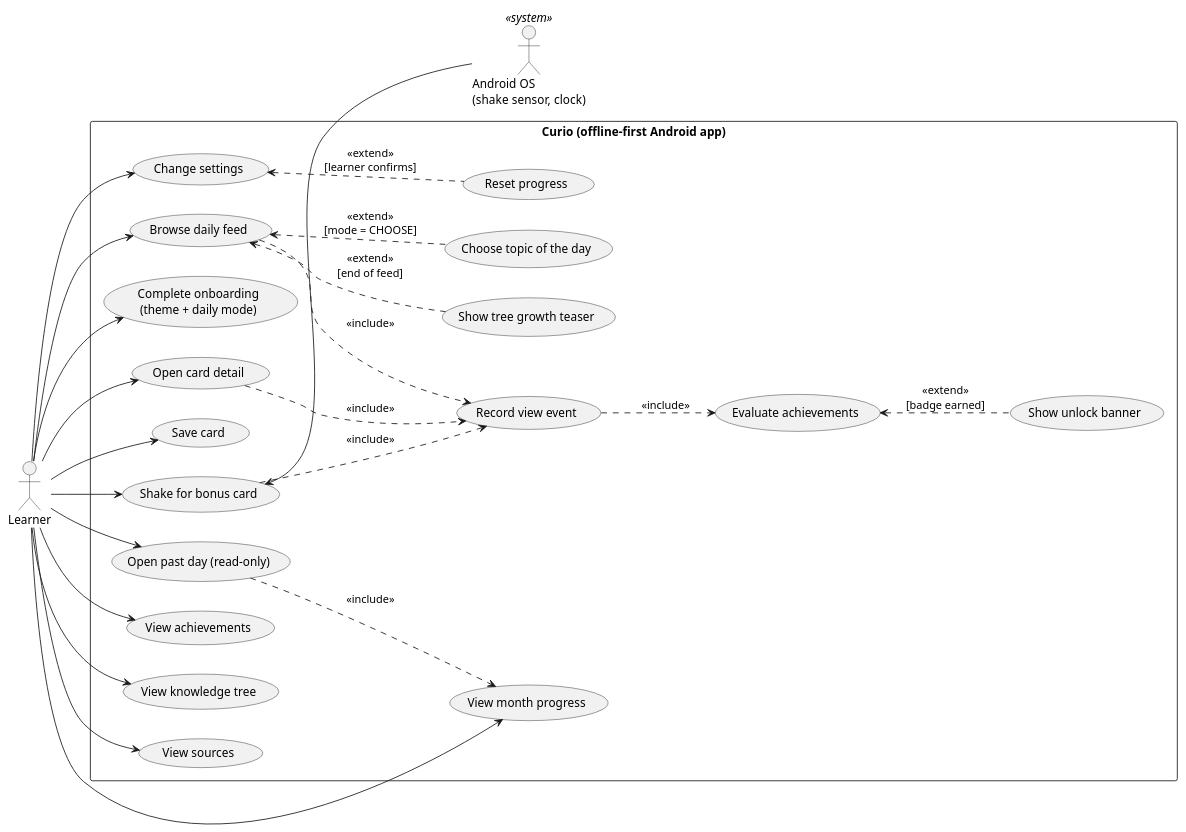
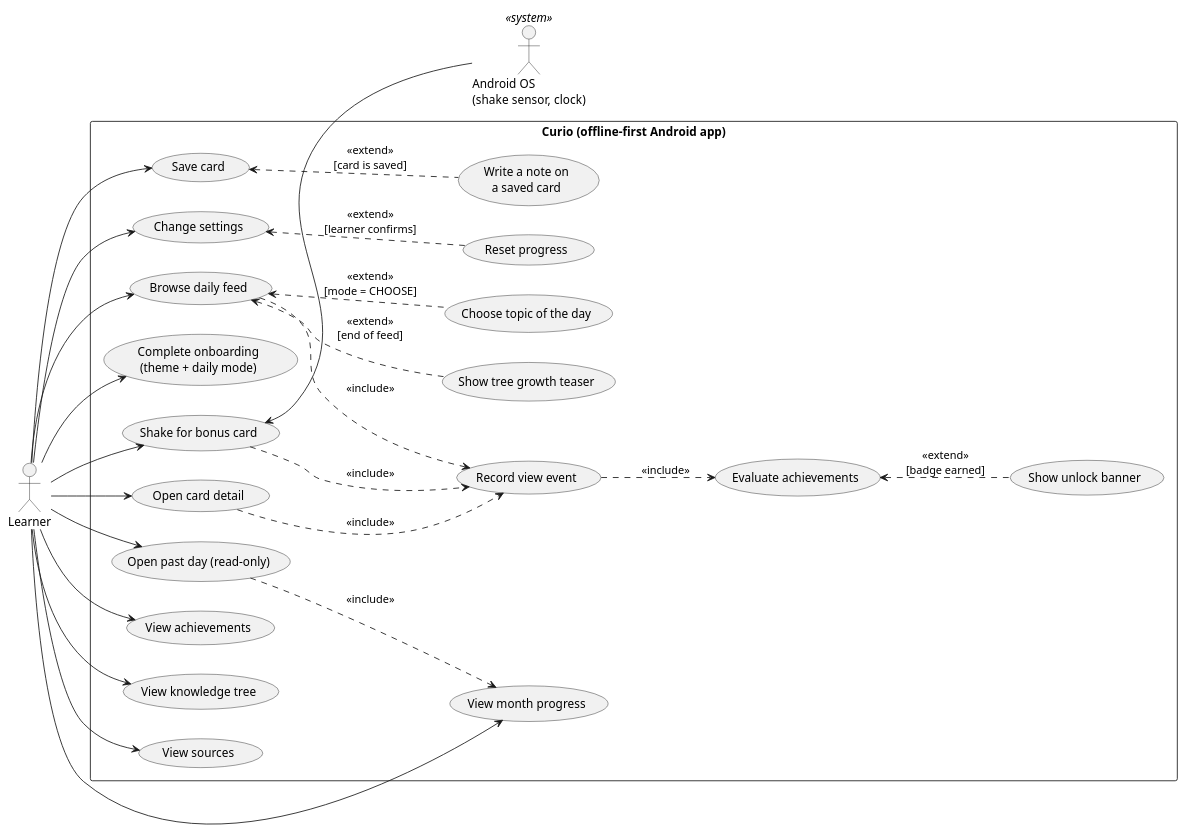
One commit to Alexia-Crisan/Curio changed the fifth of 10 diagrams in docs/CURIO_requirements_and_diagrams.md. Above: the diagram before and after it, drawn with PlantUML. The commit also changed other lines of this file and 2 other files, not shown here.

Commit message:
docs: requirements, diagrams, acceptance matrix and demo script match the final app

````diff
--- a/docs/CURIO_requirements_and_diagrams.md
+++ b/docs/CURIO_requirements_and_diagrams.md
@@ -165,50 +193,52 @@
 ```plantuml
 @startuml
 left to right direction
 skinparam packageStyle rectangle
 actor "Learner" as U
 actor "Android OS\n(shake sensor, clock)" as OS <<system>>
 
 rectangle "Curio (offline-first Android app)" {
   usecase "Complete onboarding\n(theme + daily mode)" as UC1
   usecase "Browse daily feed" as UC2
   usecase "Open card detail" as UC3
   usecase "Save card" as UC4
   usecase "Shake for bonus card" as UC5
   usecase "View month progress" as UC6
   usecase "Open past day (read-only)" as UC7
   usecase "View achievements" as UC8
   usecase "View knowledge tree" as UC9
   usecase "Change settings" as UC10
   usecase "View sources" as UC11
   usecase "Reset progress" as UC12
   usecase "Choose topic of the day" as UC13
   usecase "Record view event" as UC14
   usecase "Evaluate achievements" as UC15
   usecase "Show unlock banner" as UC16
   usecase "Show tree growth teaser" as UC17
+  usecase "Write a note on\na saved card" as UC18
 }
 
 U --> UC1
 U --> UC2
 U --> UC3
 U --> UC4
 U --> UC5
 U --> UC6
 U --> UC7
 U --> UC8
 U --> UC9
 U --> UC10
 U --> UC11
 UC5 <-- OS
 UC2 ..> UC14 : <<include>>
 UC3 ..> UC14 : <<include>>
 UC5 ..> UC14 : <<include>>
 UC14 ..> UC15 : <<include>>
 UC13 .up.> UC2 : <<extend>>\n[mode = CHOOSE]
 UC16 .up.> UC15 : <<extend>>\n[badge earned]
 UC17 .up.> UC2 : <<extend>>\n[end of feed]
 UC7 ..> UC6 : <<include>>
 UC12 .up.> UC10 : <<extend>>\n[learner confirms]
+UC18 .up.> UC4 : <<extend>>\n[card is saved]
 @enduml
 ```
````
